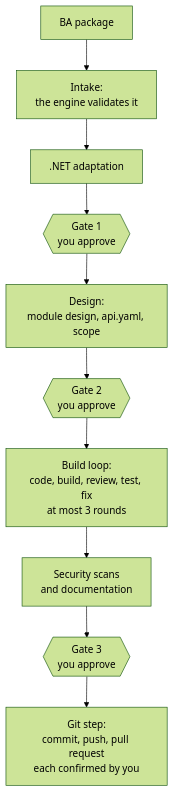
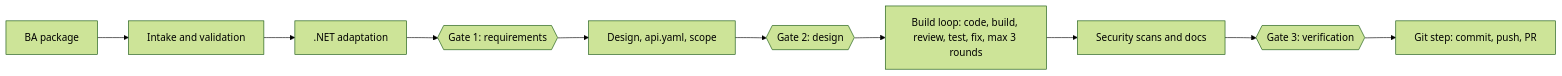
The second of 3 diagrams in README.md (karthikeya-reddy-bommireddy/DotNet-Plugin-Warehouse-Techwave), drawn with Mermaid (forest theme) before and after one commit. The commit also changed other lines of this file, not shown here.

````diff
--- a/README.md
+++ b/README.md
@@ -103,12 +135,12 @@
 ```mermaid
-flowchart TD
-    A[BA package] --> B[Intake:<br/>the engine validates it]
+flowchart LR
+    A[BA package] --> B[Intake and validation]
     B --> C[.NET adaptation]
-    C --> G1{{Gate 1<br/>you approve}}
-    G1 --> D[Design:<br/>module design, api.yaml, scope]
-    D --> G2{{Gate 2<br/>you approve}}
-    G2 --> F[Build loop:<br/>code, build, review, test, fix<br/>at most 3 rounds]
-    F --> S[Security scans<br/>and documentation]
-    S --> G3{{Gate 3<br/>you approve}}
-    G3 --> H[Git step:<br/>commit, push, pull request<br/>each confirmed by you]
+    C --> G1{{Gate 1: requirements}}
+    G1 --> D[Design, api.yaml, scope]
+    D --> G2{{Gate 2: design}}
+    G2 --> F[Build loop: code, build, review, test, fix, max 3 rounds]
+    F --> S[Security scans and docs]
+    S --> G3{{Gate 3: verification}}
+    G3 --> H[Git step: commit, push, PR]
 ```
````
